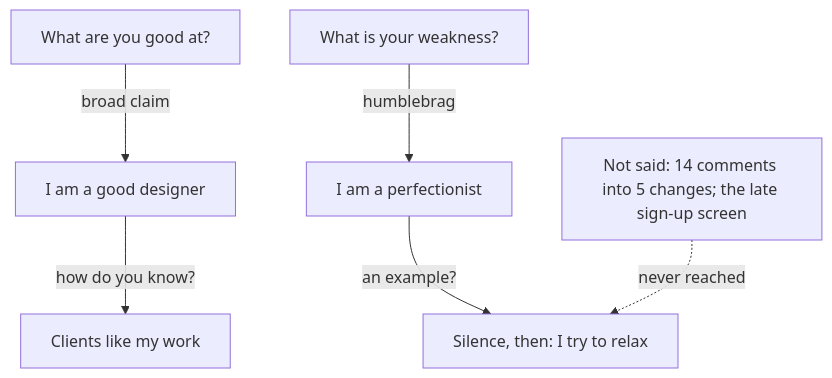
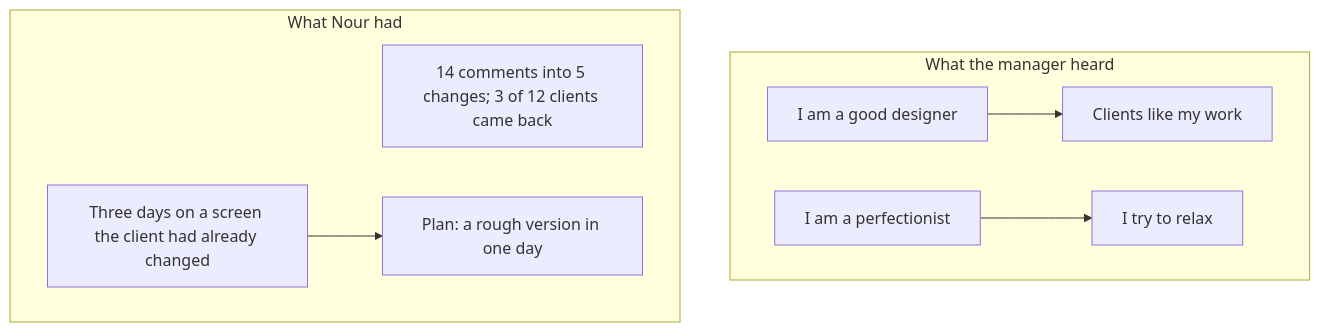
One commit to devweekends/Buildment changed the diagram in courses/founder-interviews/06-strengths-weaknesses-and-how-you-come-across/06.01-set-the-scene.md. Above: the diagram before and after it, drawn with Mermaid. The commit also changed other lines of this file and 11 other files, not shown here.

````diff
--- a/courses/founder-interviews/06-strengths-weaknesses-and-how-you-come-across/06.01-set-the-scene.md
+++ b/courses/founder-interviews/06-strengths-weaknesses-and-how-you-come-across/06.01-set-the-scene.md
@@ -81,8 +81,11 @@
 ```mermaid
 flowchart TD
-  A["What are you good at?"] -->|"broad claim"| B["I am a good designer"]
-  B -->|"how do you know?"| C["Clients like my work"]
-  D["What is your weakness?"] -->|"humblebrag"| E["I am a perfectionist"]
-  E -->|"an example?"| F["Silence, then: I try to relax"]
-  G["Not said: 14 comments into 5 changes; the late sign-up screen"] -.->|"never reached"| F
+  subgraph H["What the manager heard"]
+    A["I am a good designer"] --> B["Clients like my work"]
+    C["I am a perfectionist"] --> D["I try to relax"]
+  end
+  subgraph K["What Nour had"]
+    E["14 comments into 5 changes; 3 of 12 clients came back"]
+    F["Three days on a screen the client had already changed"] --> G["Plan: a rough version in one day"]
+  end
 ```
````
